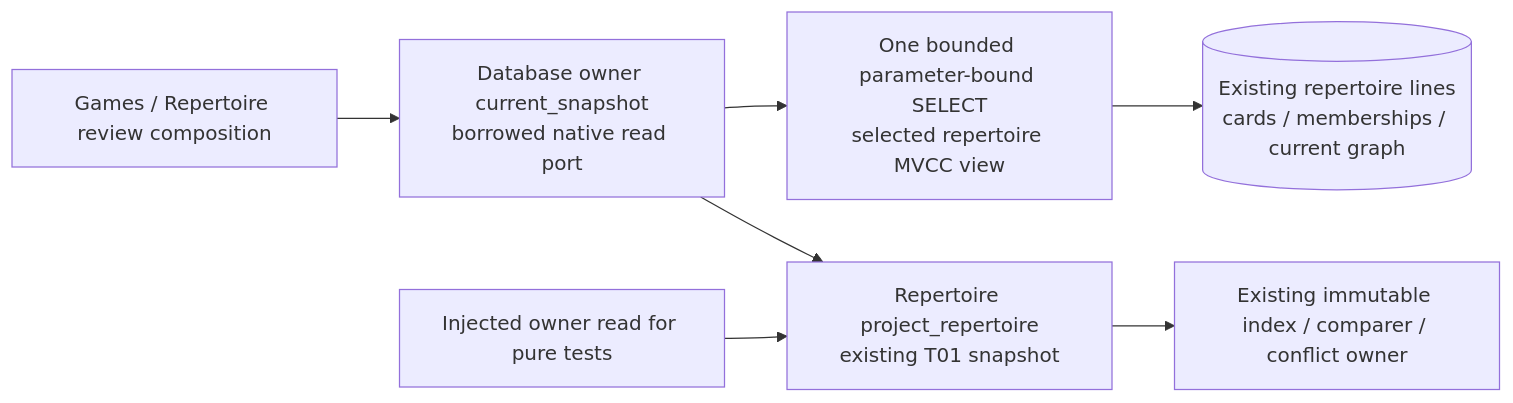
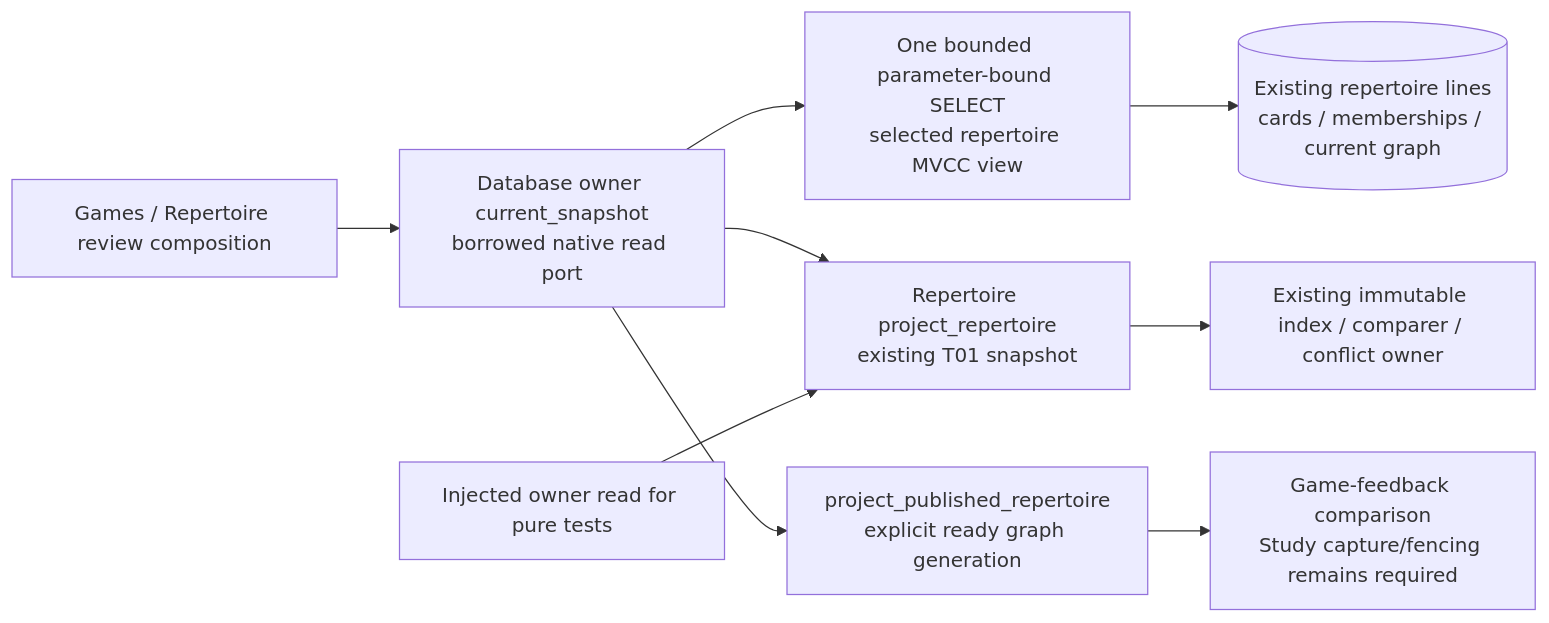
The second of 2 diagrams in backend/app/repertoire/README.md (aaweaver-actuary/tempo), drawn with Mermaid before and after one commit. The commit also changed other lines of this file and 5 other files, not shown here.

Commit message:
fix(repertoire): separate authored and feedback publication revisions

````diff
--- a/backend/app/repertoire/README.md
+++ b/backend/app/repertoire/README.md
@@ -192,9 +192,13 @@
 ```mermaid
 flowchart LR
   Composition["Games / Repertoire review composition"] --> Reader["Database owner current_snapshot\nborrowed native read port"]
   Reader --> Select["One bounded parameter-bound SELECT\nselected repertoire MVCC view"]
   Select --> Existing[("Existing repertoire lines\ncards / memberships / current graph")]
   Reader --> Project["Repertoire project_repertoire\nexisting T01 snapshot"]
   Injected["Injected owner read for pure tests"] --> Project
   Project --> Consumers["Existing immutable index / comparer / conflict owner"]
+  Reader --> Published["project_published_repertoire
+explicit ready graph generation"]
+  Published --> Feedback["Game-feedback comparison
+Study capture/fencing remains required"]
 ```
````
